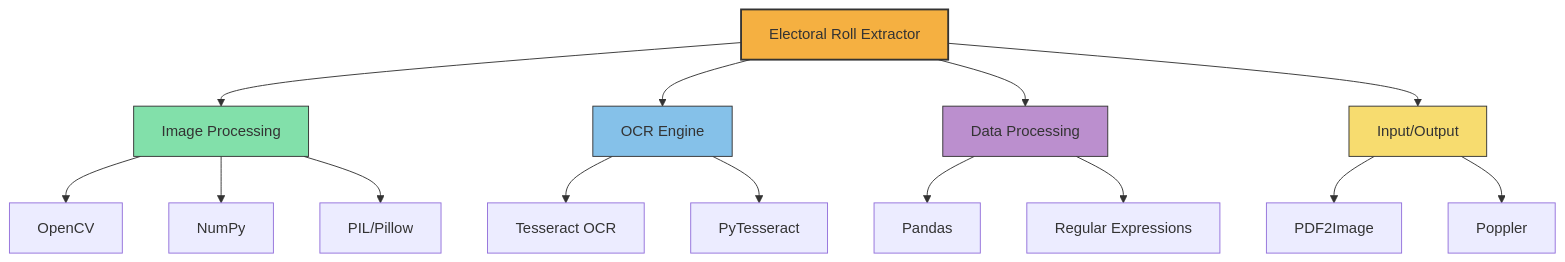
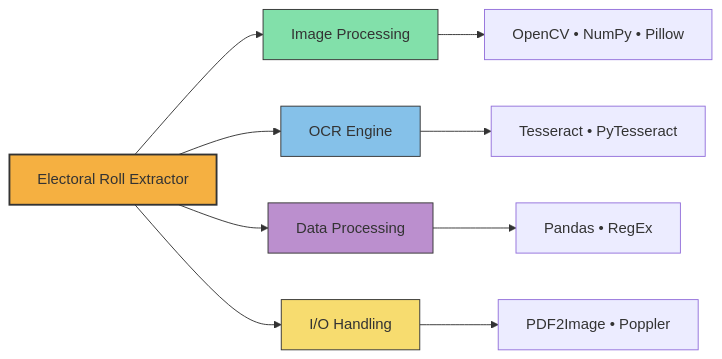
Before and after one commit to neha-nambiar/electoral-roll-extractor: the second of 3 diagrams in README.md, drawn with Mermaid. The commit also changed other lines of this file, not shown here.

````diff
--- a/README.md
+++ b/README.md
@@ -35,26 +35,18 @@
 ```mermaid
-graph TD
+flowchart LR
     A[Electoral Roll Extractor] --> B[Image Processing]
     A --> C[OCR Engine]
     A --> D[Data Processing]
-    A --> E[Input/Output]
+    A --> E[I/O Handling]
     
-    B --> B1[OpenCV]
-    B --> B2[NumPy]
-    B --> B3[PIL/Pillow]
-    
-    C --> C1[Tesseract OCR]
-    C --> C2[PyTesseract]
-    
-    D --> D1[Pandas]
-    D --> D2[Regular Expressions]
-    
-    E --> E1[PDF2Image]
-    E --> E2[Poppler]
+    B --> B1[OpenCV • NumPy • Pillow]
+    C --> C1[Tesseract • PyTesseract]
+    D --> D1[Pandas • RegEx]
+    E --> E1[PDF2Image • Poppler]
     
     style A fill:#f5b041,stroke:#333,stroke-width:2px
     style B fill:#82e0aa,stroke:#333,stroke-width:1px
     style C fill:#85c1e9,stroke:#333,stroke-width:1px
     style D fill:#bb8fce,stroke:#333,stroke-width:1px
     style E fill:#f7dc6f,stroke:#333,stroke-width:1px
 ```
````
